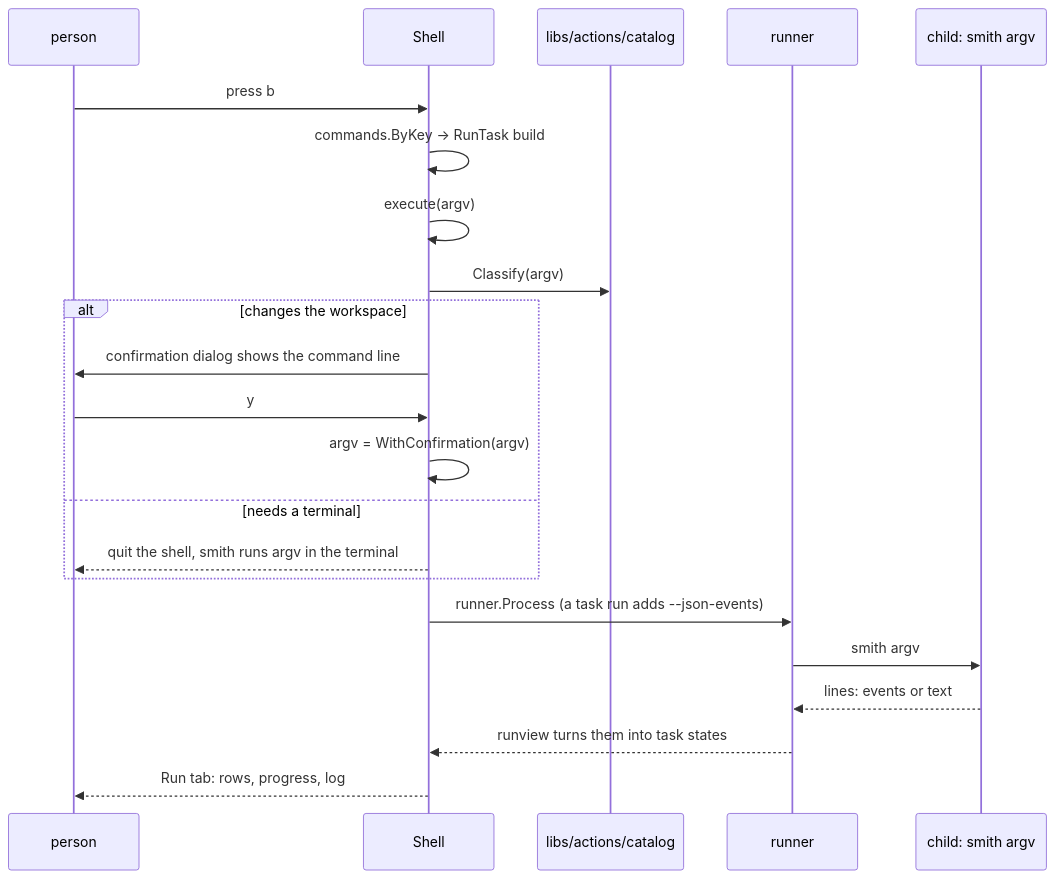
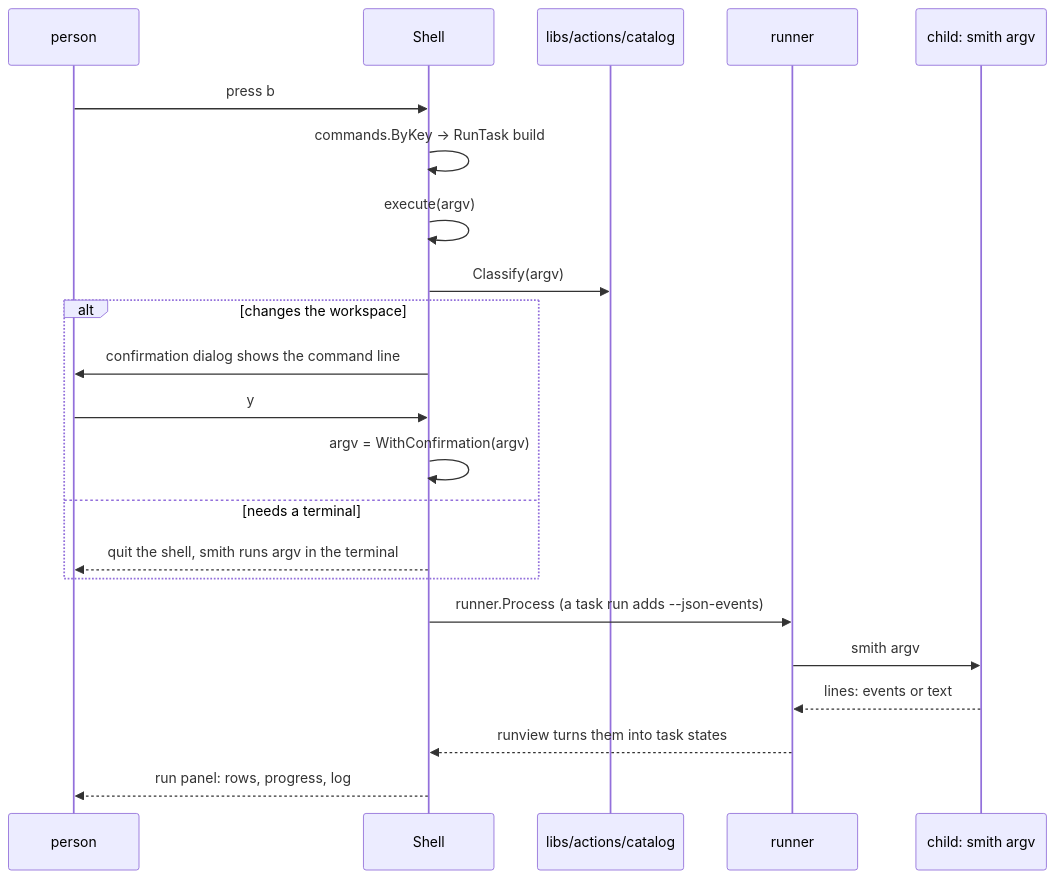
Before and after one commit to monosmith-app/monosmith: the second of 2 diagrams in docs/architecture/tui-architecture.md, drawn with Mermaid. The commit also changed other lines of this file and 112 other files, not shown here.

First line of the commit message:
feat(tui): run output lives in Projects, Home scrolls, and keys reach every panel

````diff
--- a/docs/architecture/tui-architecture.md
+++ b/docs/architecture/tui-architecture.md
@@ -108,24 +128,24 @@
 ```mermaid
 sequenceDiagram
   participant P as person
   participant S as Shell
   participant C as libs/actions/catalog
   participant R as runner
   participant X as child: smith argv
   P->>S: press b
   S->>S: commands.ByKey -> RunTask build
   S->>S: execute(argv)
   S->>C: Classify(argv)
   alt changes the workspace
     S->>P: confirmation dialog shows the command line
     P->>S: y
     S->>S: argv = WithConfirmation(argv)
   else needs a terminal
     S-->>P: quit the shell, smith runs argv in the terminal
   end
   S->>R: runner.Process (a task run adds --json-events)
   R->>X: smith argv
   X-->>R: lines: events or text
   R-->>S: runview turns them into task states
-  S-->>P: Run tab: rows, progress, log
+  S-->>P: run panel: rows, progress, log
 ```
````
